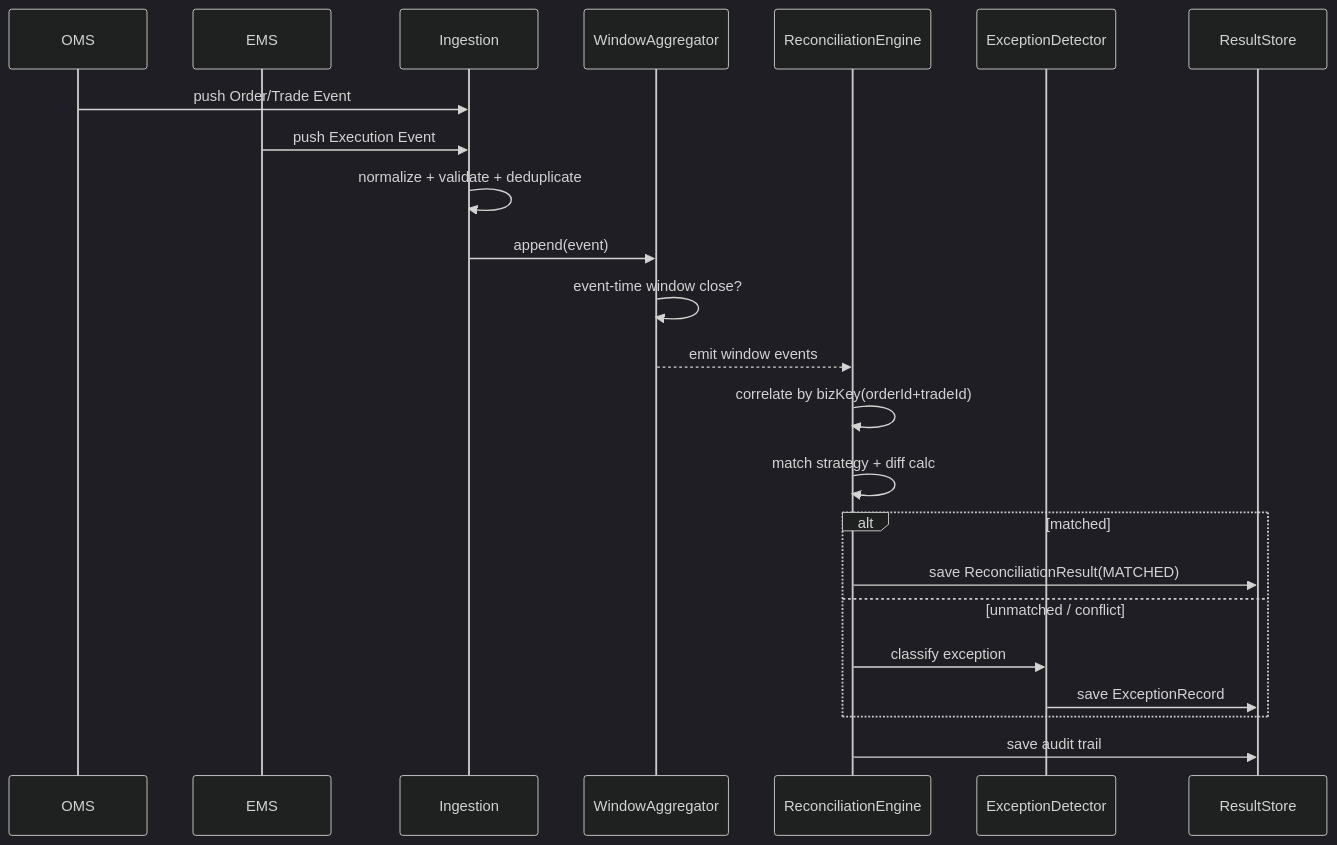
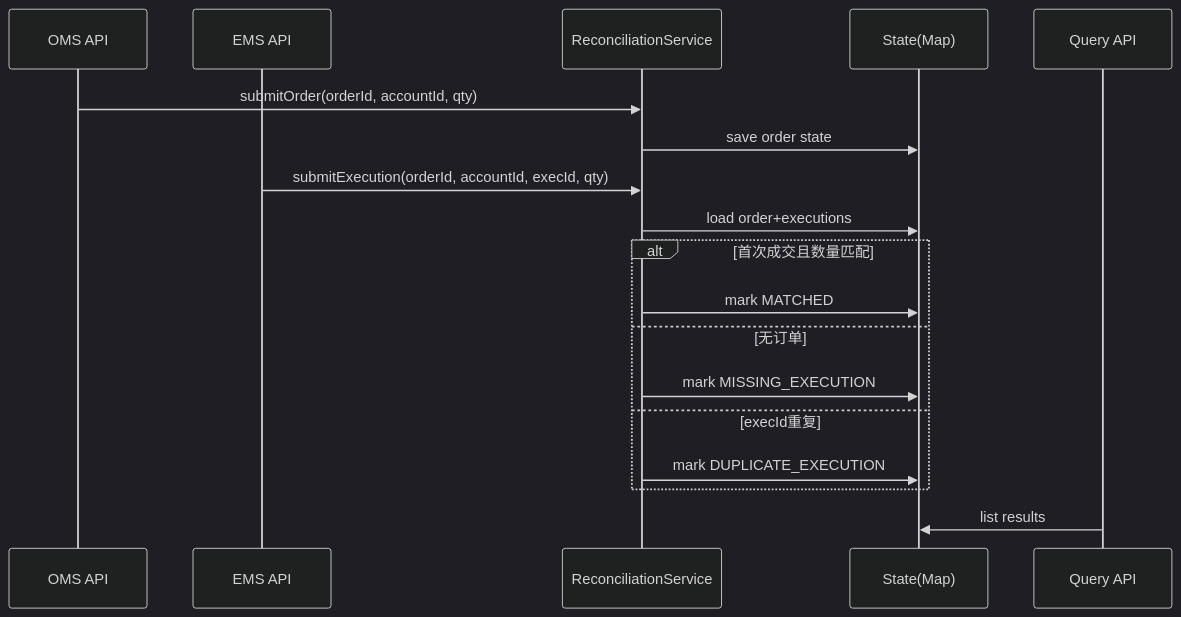
The second of 2 diagrams in docs/java-poc-design.md (faith101wan/POC_Challenge), drawn with Mermaid (dark theme) before and after one commit. The commit also changed other lines of this file, not shown here.

````diff
--- a/docs/java-poc-design.md
+++ b/docs/java-poc-design.md
@@ -71,26 +61,23 @@
 ```mermaid
 sequenceDiagram
-    participant O as OMS
-    participant E as EMS
-    participant I as Ingestion
-    participant W as WindowAggregator
-    participant R as ReconciliationEngine
-    participant X as ExceptionDetector
-    participant S as ResultStore
+    participant O as OMS API
+    participant E as EMS API
+    participant R as ReconciliationService
+    participant S as State(Map)
+    participant Q as Query API
 
-    O->>I: push Order/Trade Event
-    E->>I: push Execution Event
-    I->>I: normalize + validate + deduplicate
-    I->>W: append(event)
-    W->>W: event-time window close?
-    W-->>R: emit window events
-    R->>R: correlate by bizKey(orderId+tradeId)
-    R->>R: match strategy + diff calc
-    alt matched
-        R->>S: save ReconciliationResult(MATCHED)
-    else unmatched / conflict
-        R->>X: classify exception
-        X->>S: save ExceptionRecord
+    O->>R: submitOrder(orderId, accountId, qty)
+    R->>S: save order state
+
+    E->>R: submitExecution(orderId, accountId, execId, qty)
+    R->>S: load order+executions
+    alt 首次成交且数量匹配
+      R->>S: mark MATCHED
+    else 无订单
+      R->>S: mark MISSING_EXECUTION
+    else execId重复
+      R->>S: mark DUPLICATE_EXECUTION
     end
-    R->>S: save audit trail
+
+    Q->>S: list results
 ```
````
